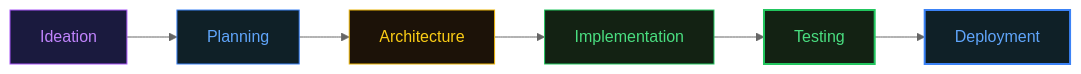
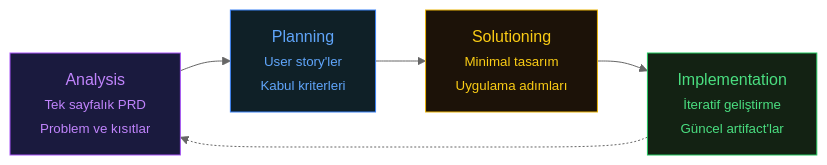
One commit to alperhankendi/claude-code-mastery changed the diagram in 99-BMAD-Method.md. Above: the diagram before and after it, drawn with Mermaid (neutral theme). The commit also changed other lines of this file and 8 other files, not shown here.

````diff
--- a/99-BMAD-Method.md
+++ b/99-BMAD-Method.md
@@ -27,15 +13,15 @@
 ```mermaid
 graph LR
-    IDEA["Ideation"] --> PLAN["Planning"]
-    PLAN --> ARCH["Architecture"]
-    ARCH --> IMPL["Implementation"]
-    IMPL --> TEST["Testing"]
-    TEST --> DEPLOY["Deployment"]
+    ANALYSIS["Analysis<br/><small>Tek sayfalık PRD<br/>Problem ve kısıtlar</small>"]
+    PLANNING["Planning<br/><small>User story'ler<br/>Kabul kriterleri</small>"]
+    SOLUTIONING["Solutioning<br/><small>Minimal tasarım<br/>Uygulama adımları</small>"]
+    IMPLEMENTATION["Implementation<br/><small>İteratif geliştirme<br/>Güncel artifact'lar</small>"]
 
-    style IDEA fill:#1a1a3e,stroke:#a855f7,stroke-width:1px,color:#c084fc
-    style PLAN fill:#0f2027,stroke:#3b82f6,stroke-width:1px,color:#60a5fa
-    style ARCH fill:#1c1208,stroke:#eab308,stroke-width:1px,color:#facc15
-    style IMPL fill:#132213,stroke:#22c55e,stroke-width:1px,color:#4ade80
-    style TEST fill:#132213,stroke:#22c55e,stroke-width:2px,color:#4ade80
-    style DEPLOY fill:#0f2027,stroke:#3b82f6,stroke-width:2px,color:#60a5fa
+    ANALYSIS --> PLANNING --> SOLUTIONING --> IMPLEMENTATION
+    IMPLEMENTATION -.-> ANALYSIS
+
+    style ANALYSIS fill:#1a1a3e,stroke:#a855f7,stroke-width:1px,color:#c084fc
+    style PLANNING fill:#0f2027,stroke:#3b82f6,stroke-width:1px,color:#60a5fa
+    style SOLUTIONING fill:#1c1208,stroke:#eab308,stroke-width:1px,color:#facc15
+    style IMPLEMENTATION fill:#132213,stroke:#22c55e,stroke-width:1px,color:#4ade80
 ```
````
